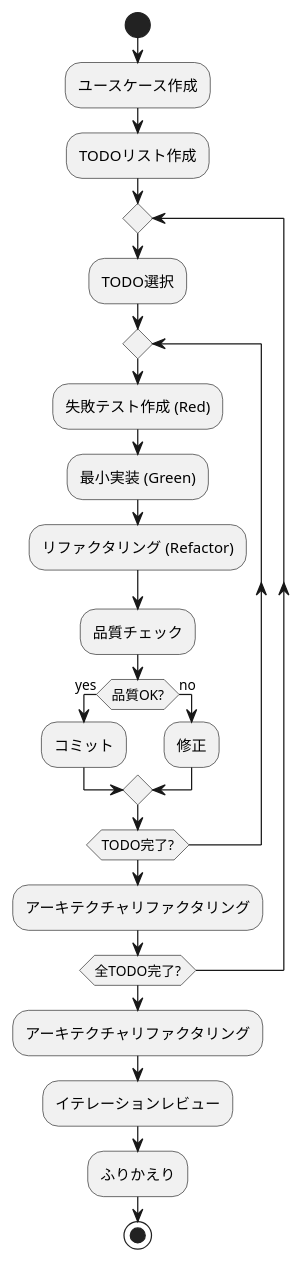
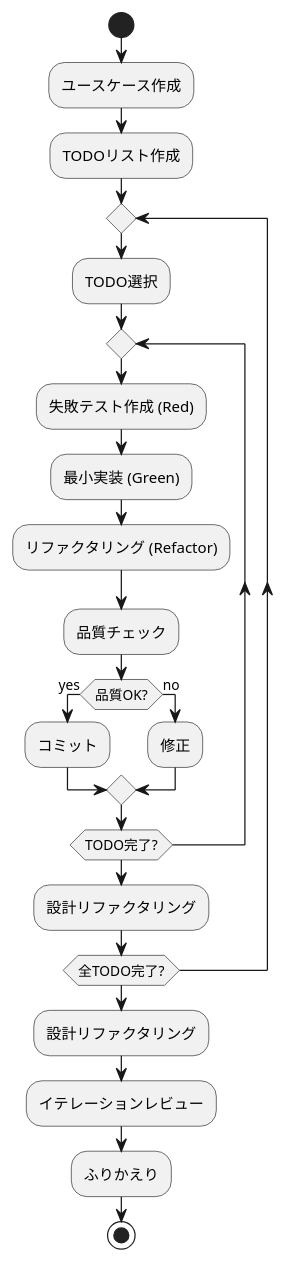
The fifth of 6 diagrams in CLAUDE.md (k2works/case-study-game-dev), drawn with PlantUML before and after one commit. The commit also changed 3 other files, not shown here.

````diff
--- a/CLAUDE.md
+++ b/CLAUDE.md
@@ -133,32 +133,32 @@
 ```plantuml
 ```plantuml
 @startuml "イテレーション開発プロセス"
 
 start
 :ユースケース作成;
 :TODOリスト作成;
 
 repeat
   :TODO選択;
   
   repeat
     :失敗テスト作成 (Red);
     :最小実装 (Green);
     :リファクタリング (Refactor);
     :品質チェック;
     if (品質OK?) then (yes)
       :コミット;
     else (no)
       :修正;
     endif
   repeat while (TODO完了?)
-  :アーキテクチャリファクタリング;
+  :設計リファクタリング;
   
 repeat while (全TODO完了?)
-:アーキテクチャリファクタリング;
+:設計リファクタリング;
 :イテレーションレビュー;
 :ふりかえり;
 stop
 
 @enduml
 ```
````
